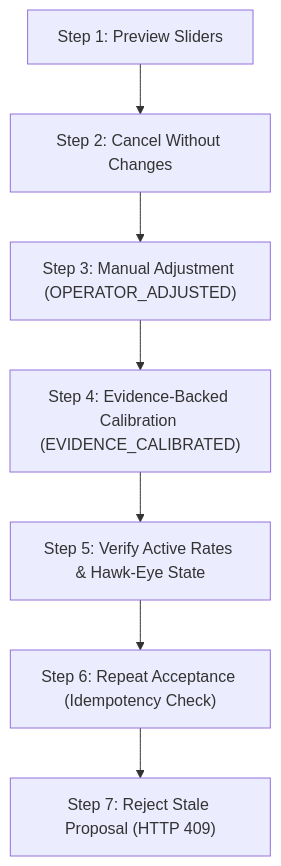
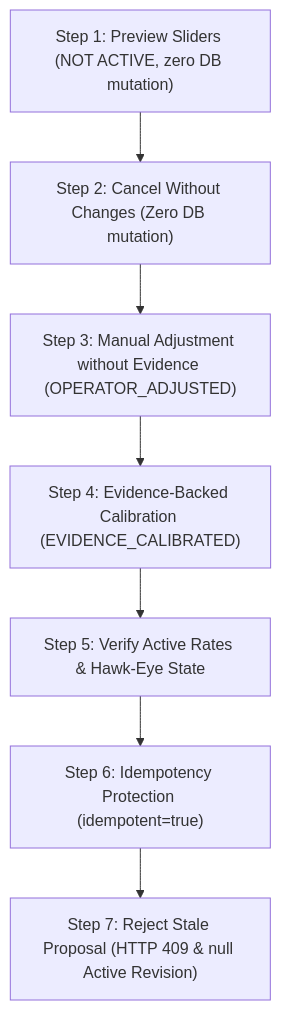
The diagram in PHASE_195H_STAKEHOLDER_ACCEPTANCE_DEMO.md (PrintPriceOS/ppos-control-plane), drawn with Mermaid before and after one commit. The commit also changed other lines of this file and 2 other files, not shown here.

````diff
--- a/PHASE_195H_STAKEHOLDER_ACCEPTANCE_DEMO.md
+++ b/PHASE_195H_STAKEHOLDER_ACCEPTANCE_DEMO.md
@@ -11,9 +11,9 @@
 ```mermaid
 flowchart TD
-    S1["Step 1: Preview Sliders"] --> S2["Step 2: Cancel Without Changes"]
-    S2 --> S3["Step 3: Manual Adjustment (OPERATOR_ADJUSTED)"]
+    S1["Step 1: Preview Sliders (NOT ACTIVE, zero DB mutation)"] --> S2["Step 2: Cancel Without Changes (Zero DB mutation)"]
+    S2 --> S3["Step 3: Manual Adjustment without Evidence (OPERATOR_ADJUSTED)"]
     S3 --> S4["Step 4: Evidence-Backed Calibration (EVIDENCE_CALIBRATED)"]
     S4 --> S5["Step 5: Verify Active Rates & Hawk-Eye State"]
-    S5 --> S6["Step 6: Repeat Acceptance (Idempotency Check)"]
-    S6 --> S7["Step 7: Reject Stale Proposal (HTTP 409)"]
+    S5 --> S6["Step 6: Idempotency Protection (idempotent=true)"]
+    S6 --> S7["Step 7: Reject Stale Proposal (HTTP 409 & null Active Revision)"]
 ```
````
